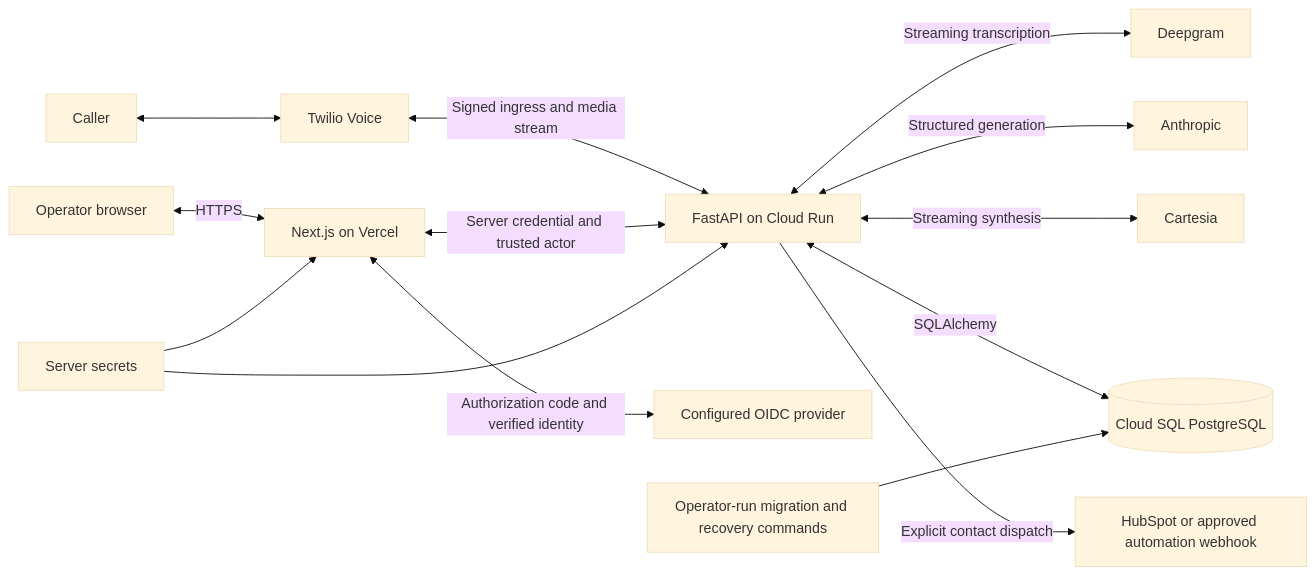
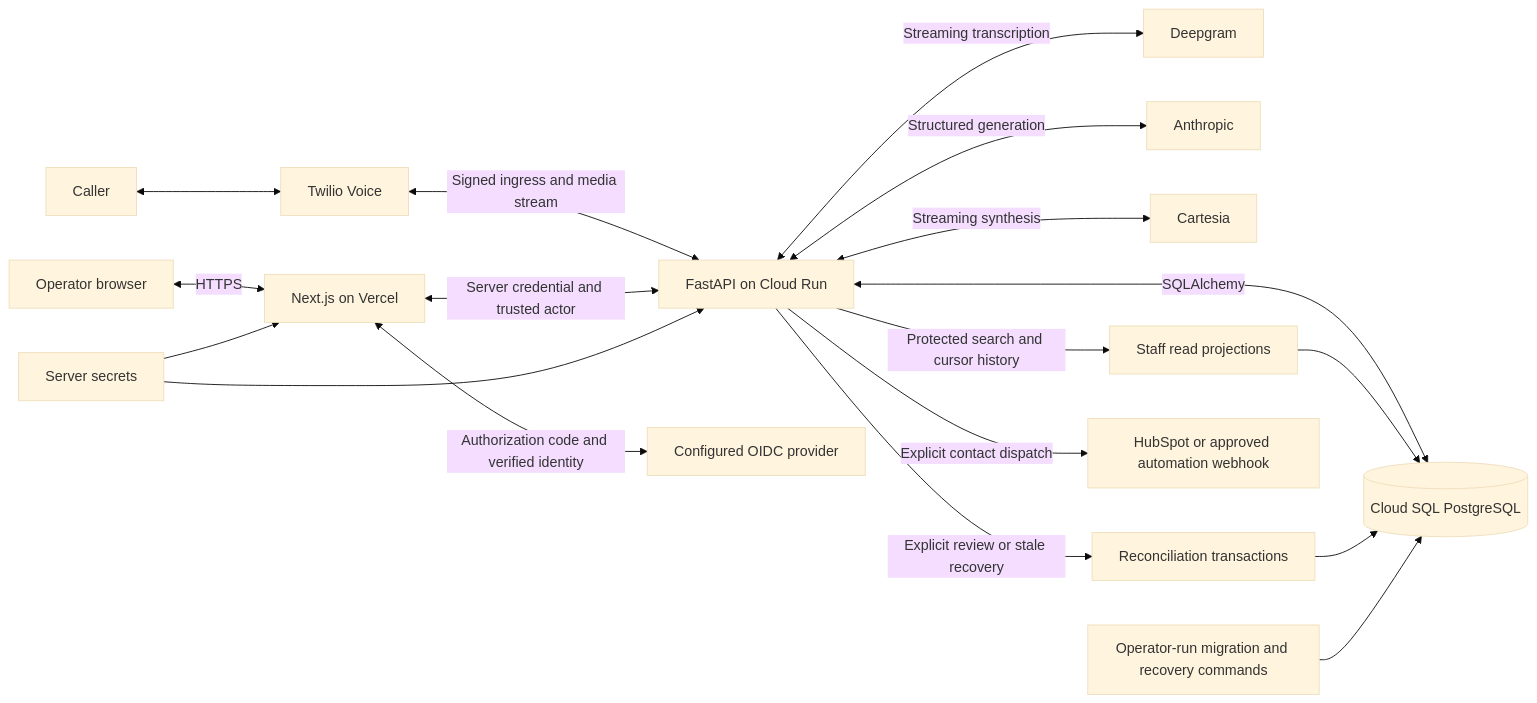
Before and after one commit to ChariPramod/arcagent: the diagram in docs/architecture.md, drawn with Mermaid (base theme). The commit also changed other lines of this file and 30 other files, not shown here.

Commit message:
Add enquiry search, staff activity, and CRM outcome reviews

````diff
--- a/docs/architecture.md
+++ b/docs/architecture.md
@@ -7,16 +7,20 @@
 ```mermaid
 flowchart LR
     Caller[Caller] <--> Twilio[Twilio Voice]
     Twilio <-->|Signed ingress and media stream| API[FastAPI on Cloud Run]
     API <-->|Streaming transcription| STT[Deepgram]
     API <-->|Structured generation| LLM[Anthropic]
     API <-->|Streaming synthesis| TTS[Cartesia]
     Operator[Operator browser] <-->|HTTPS| Web[Next.js on Vercel]
     Web <-->|Authorization code and verified identity| Identity[Configured OIDC provider]
     Web <-->|Server credential and trusted actor| API
     API <-->|SQLAlchemy| DB[(Cloud SQL PostgreSQL)]
+    API -->|Protected search and cursor history| Activity[Staff read projections]
+    Activity --> DB
+    API -->|Explicit review or stale recovery| Review[Reconciliation transactions]
+    Review --> DB
     API -->|Explicit contact dispatch| CRM[HubSpot or approved automation webhook]
     Jobs[Operator-run migration and recovery commands] --> DB
     Secrets[Server secrets] --> API
     Secrets --> Web
 ```
````
